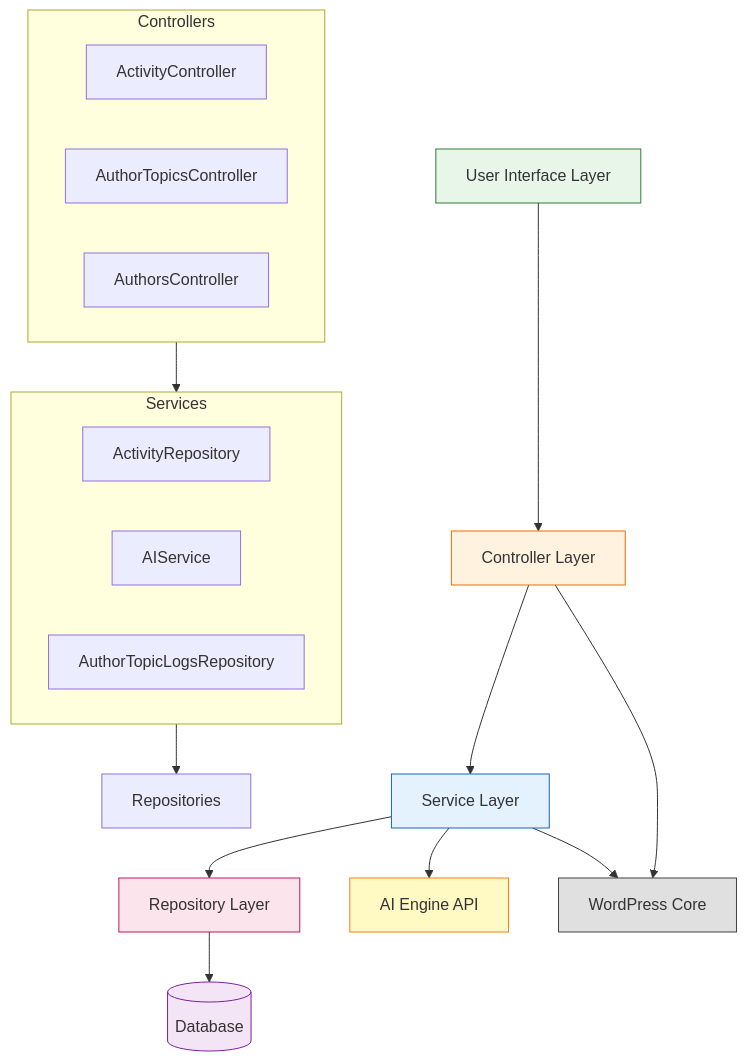
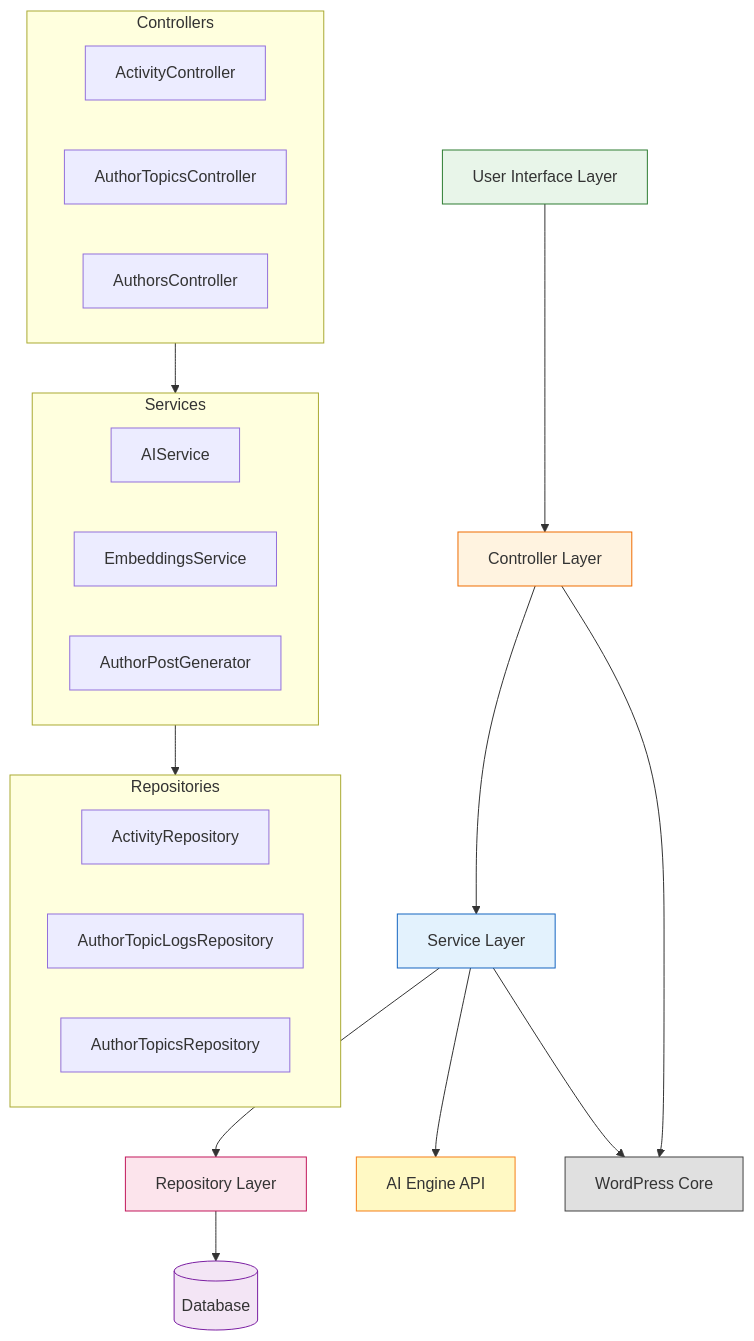
The first of 10 diagrams in docs/feature-report.md (rpnunez/wp-ai-scheduler), drawn with Mermaid before and after one commit. The commit also changed other lines of this file and 2 other files, not shown here.

````diff
--- a/docs/feature-report.md
+++ b/docs/feature-report.md
@@ -33,43 +36,49 @@
 ```mermaid
 flowchart TB
     %% Overall Plugin Architecture
 
     UI[User Interface Layer]
     CTRL[Controller Layer]
     SVC[Service Layer]
     REPO[Repository Layer]
     DB[(Database)]
     AI[AI Engine API]
     WP[WordPress Core]
 
     UI --> CTRL
     CTRL --> SVC
     SVC --> REPO
     SVC --> AI
     REPO --> DB
     CTRL --> WP
     SVC --> WP
 
     subgraph Controllers
         ActivityController
         AuthorTopicsController
         AuthorsController
     end
 
     subgraph Services
+        AIService
+        EmbeddingsService
+        AuthorPostGenerator
+    end
+
+    subgraph Repositories
         ActivityRepository
-        AIService
         AuthorTopicLogsRepository
+        AuthorTopicsRepository
     end
 
     Controllers --> Services
     Services --> Repositories
 
     style UI fill:#e8f5e9,stroke:#2e7d32
     style CTRL fill:#fff3e0,stroke:#ef6c00
     style SVC fill:#e3f2fd,stroke:#1565c0
     style REPO fill:#fce4ec,stroke:#c2185b
     style DB fill:#f3e5f5,stroke:#7b1fa2
     style AI fill:#fff9c4,stroke:#f57f17
     style WP fill:#e0e0e0,stroke:#424242
 ```
````
